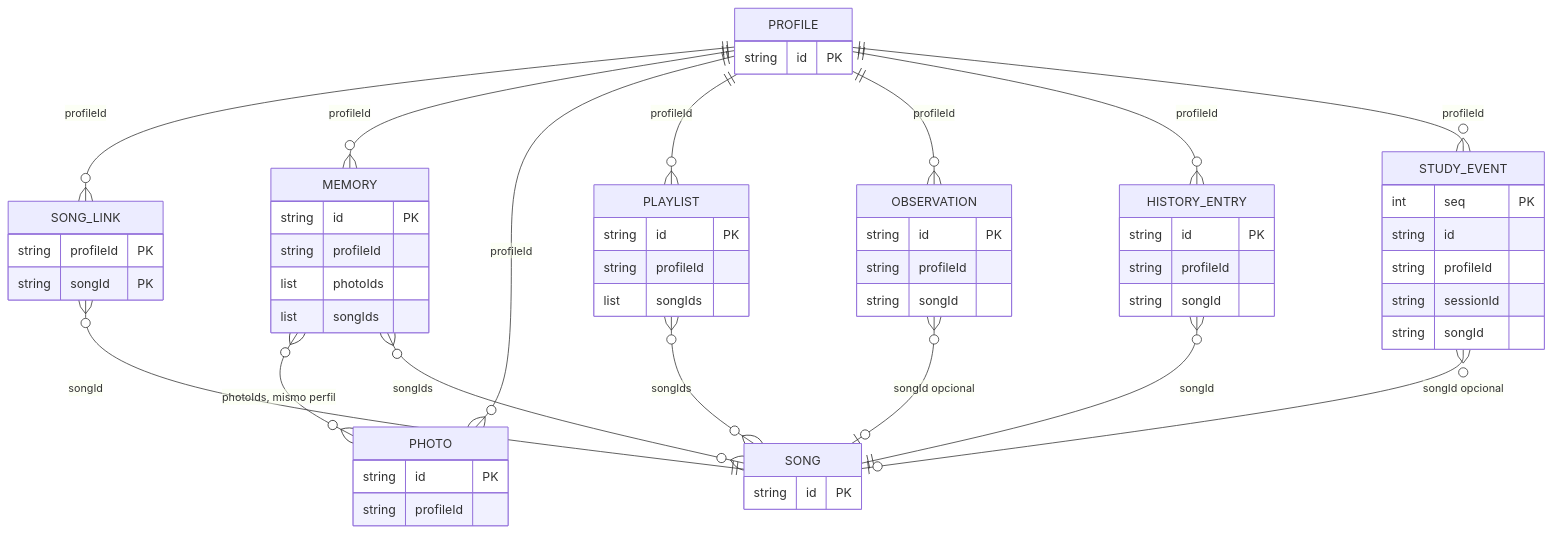
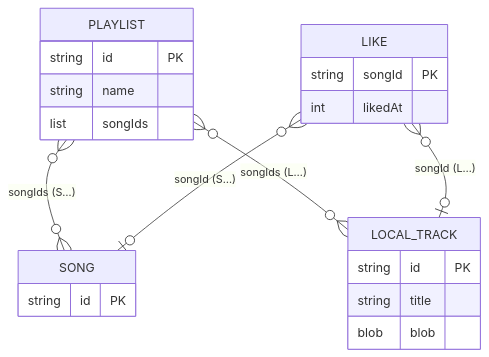
The diagram in docs/datos/DATABASE.md (seryi47/reminiscencia), drawn with Mermaid before and after one commit. The commit also changed other lines of this file and 15 other files, not shown here.

````diff
--- a/docs/datos/DATABASE.md
+++ b/docs/datos/DATABASE.md
@@ -50,61 +42,26 @@
 ```mermaid
 erDiagram
-    %% Las canciones pertenecen al catálogo público: no hay tabla de canciones en IndexedDB.
-    PROFILE {
+    %% Las canciones del catálogo no están en IndexedDB: se leen de data/songs.json.
+    PLAYLIST {
         string id PK
-    }
-    SONG_LINK {
-        string profileId PK
-        string songId PK
-    }
-    MEMORY {
-        string id PK
-        string profileId
-        list photoIds
+        string name
         list songIds
     }
-    PHOTO {
+    LIKE {
+        string songId PK
+        int likedAt
+    }
+    LOCAL_TRACK {
         string id PK
-        string profileId
-    }
-    PLAYLIST {
-        string id PK
-        string profileId
-        list songIds
-    }
-    OBSERVATION {
-        string id PK
-        string profileId
-        string songId
-    }
-    HISTORY_ENTRY {
-        string id PK
-        string profileId
-        string songId
-    }
-    STUDY_EVENT {
-        int seq PK
-        string id
-        string profileId
-        string sessionId
-        string songId
+        string title
+        blob blob
     }
     SONG {
         string id PK
     }
 
-    PROFILE ||--o{ SONG_LINK : "profileId"
-    PROFILE ||--o{ MEMORY : "profileId"
-    PROFILE ||--o{ PHOTO : "profileId"
-    PROFILE ||--o{ PLAYLIST : "profileId"
-    PROFILE ||--o{ OBSERVATION : "profileId"
-    PROFILE ||--o{ HISTORY_ENTRY : "profileId"
-    PROFILE ||--o{ STUDY_EVENT : "profileId"
-    MEMORY }o--o{ PHOTO : "photoIds, mismo perfil"
-    MEMORY }o--o{ SONG : "songIds"
-    PLAYLIST }o--o{ SONG : "songIds"
-    SONG_LINK }o--|| SONG : "songId"
-    OBSERVATION }o--o| SONG : "songId opcional"
-    HISTORY_ENTRY }o--|| SONG : "songId"
-    STUDY_EVENT }o--o| SONG : "songId opcional"
+    PLAYLIST }o--o{ SONG : "songIds (S…)"
+    PLAYLIST }o--o{ LOCAL_TRACK : "songIds (L…)"
+    LIKE }o--o| SONG : "songId (S…)"
+    LIKE }o--o| LOCAL_TRACK : "songId (L…)"
 ```
````
